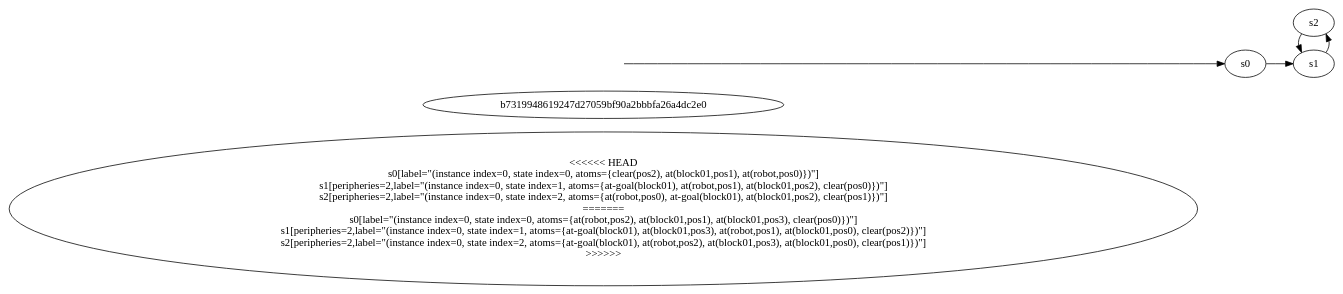
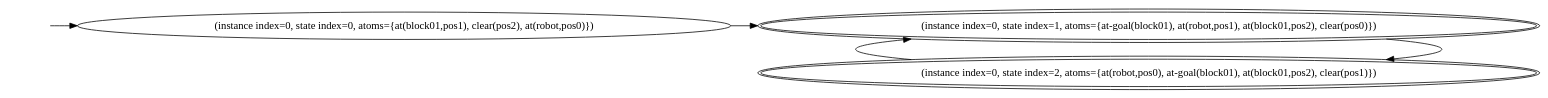
Before and after one commit to rakhmanu/sketch-learner-pymimir1: the diagram in workspace/0.dot, drawn with Graphviz. The commit also changed 547 other files, not shown here.

```diff
--- a/workspace/0.dot
+++ b/workspace/0.dot
@@ -1,24 +1,18 @@
 digraph {
 rankdir="LR"
-<<<<<<< HEAD
-s0[label="(instance index=0, state index=0, atoms={clear(pos2), at(block01,pos1), at(robot,pos0)})"]
+s0[label="(instance index=0, state index=0, atoms={at(block01,pos1), clear(pos2), at(robot,pos0)})"]
 s1[peripheries=2,label="(instance index=0, state index=1, atoms={at-goal(block01), at(robot,pos1), at(block01,pos2), clear(pos0)})"]
 s2[peripheries=2,label="(instance index=0, state index=2, atoms={at(robot,pos0), at-goal(block01), at(block01,pos2), clear(pos1)})"]
-=======
-s0[label="(instance index=0, state index=0, atoms={at(robot,pos2), at(block01,pos1), at(block01,pos3), clear(pos0)})"]
-s1[peripheries=2,label="(instance index=0, state index=1, atoms={at-goal(block01), at(block01,pos3), at(robot,pos1), at(block01,pos0), clear(pos2)})"]
-s2[peripheries=2,label="(instance index=0, state index=2, atoms={at-goal(block01), at(robot,pos2), at(block01,pos3), at(block01,pos0), clear(pos1)})"]
->>>>>>> b7319948619247d27059bf90a2bbbfa26a4dc2e0
 Dangling [ label = "", style = invis ]
 { rank = same; Dangling }
 Dangling -> s0
 { rank = same; s0}
 { rank = same; s1,s2}
 {
 s0->s1
 }
 {
 s1->s2
 s2->s1
 }
 }
```
